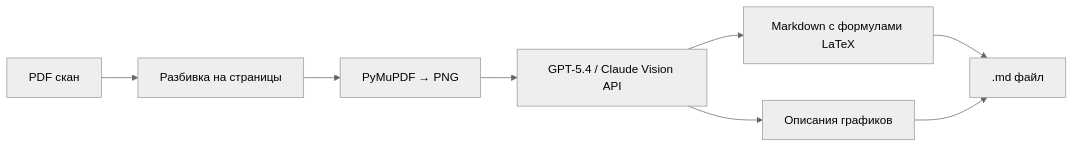
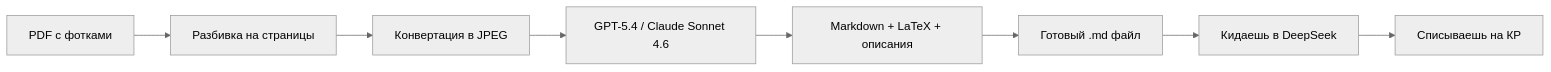
Before and after one commit to ex-alander/LectureKiller: the diagram in README.md, drawn with Mermaid (neutral theme). The commit also changed other lines of this file, not shown here.

````diff
--- a/README.md
+++ b/README.md
@@ -56,12 +75,11 @@
 ```mermaid
 flowchart LR
-    A[PDF скан] --> B[Разбивка на страницы]
-    B --> C[PyMuPDF → PNG]
-    C --> D[GPT-5.4 / Claude Vision API]
-    D --> E[Markdown с формулами LaTeX]
-    E --> F[.md файл]
+    A[PDF с фотками] --> B[Разбивка на страницы]
+    B --> C[Конвертация в JPEG]
+    C --> D[GPT-5.4 / Claude Sonnet 4.6]
+    D --> E[Markdown + LaTeX + описания]
+    E --> F[Готовый .md файл]
     
-    D --> G[Описания графиков]
-    G --> F
-
+    F --> G[Кидаешь в DeepSeek]
+    G --> H[Списываешь на КР]
 ```
````
